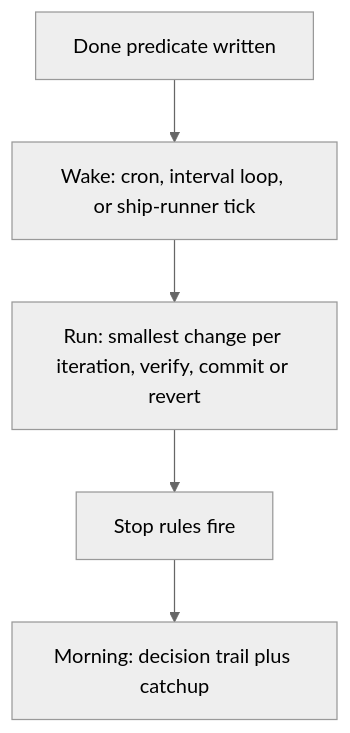
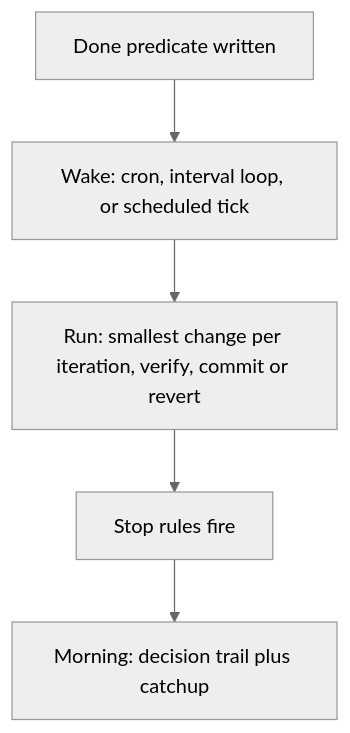
The sixth of 6 diagrams in skills/user-invoked/guide/COOKBOOK.md (TudeOrangBiasa/skills-for-agents), drawn with Mermaid (neutral theme) before and after one commit. The commit also changed other lines of this file and 40 other files, not shown here.

Commit message:
docs: repoint router, aliases, setup, and stubs at whips-first flow

````diff
--- a/skills/user-invoked/guide/COOKBOOK.md
+++ b/skills/user-invoked/guide/COOKBOOK.md
@@ -97,4 +97,4 @@
 ```mermaid
 flowchart TD
-    D["Done predicate written"] --> W["Wake: cron, interval loop, or ship-runner tick"] --> R["Run: smallest change per iteration, verify, commit or revert"] --> S["Stop rules fire"] --> M["Morning: decision trail plus catchup"]
+    D["Done predicate written"] --> W["Wake: cron, interval loop, or scheduled tick"] --> R["Run: smallest change per iteration, verify, commit or revert"] --> S["Stop rules fire"] --> M["Morning: decision trail plus catchup"]
 ```
````
